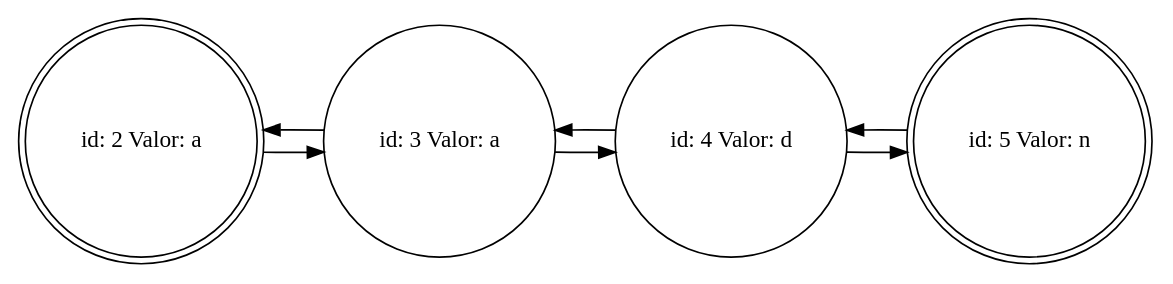
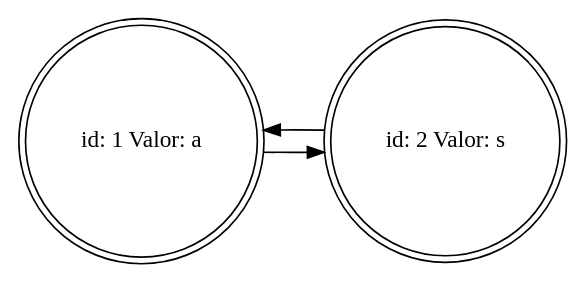
One commit to JColindres/EDD changed the diagram in Practica1/ListaDoble.dot. Above: the diagram before and after it, drawn with Graphviz. The commit also changed 26 other files, not shown here.

```diff
--- a/Practica1/ListaDoble.dot
+++ b/Practica1/ListaDoble.dot
@@ -1,15 +1,9 @@
 digraph G {
 
 rankdir=LR;
 
-0[shape=doublecircle,label="id: 2 Valor: a"];
-1[shape=circle,label="id: 3 Valor: a"];
+0[shape=doublecircle,label="id: 1 Valor: a"];
+1[shape=doublecircle,label="id: 2 Valor: s"];
 0->1;
 1->0;
-2[shape=circle,label="id: 4 Valor: d"];
-1->2;
-2->1;
-3[shape=doublecircle,label="id: 5 Valor: n"];
-2->3;
-3->2;
 }
```
